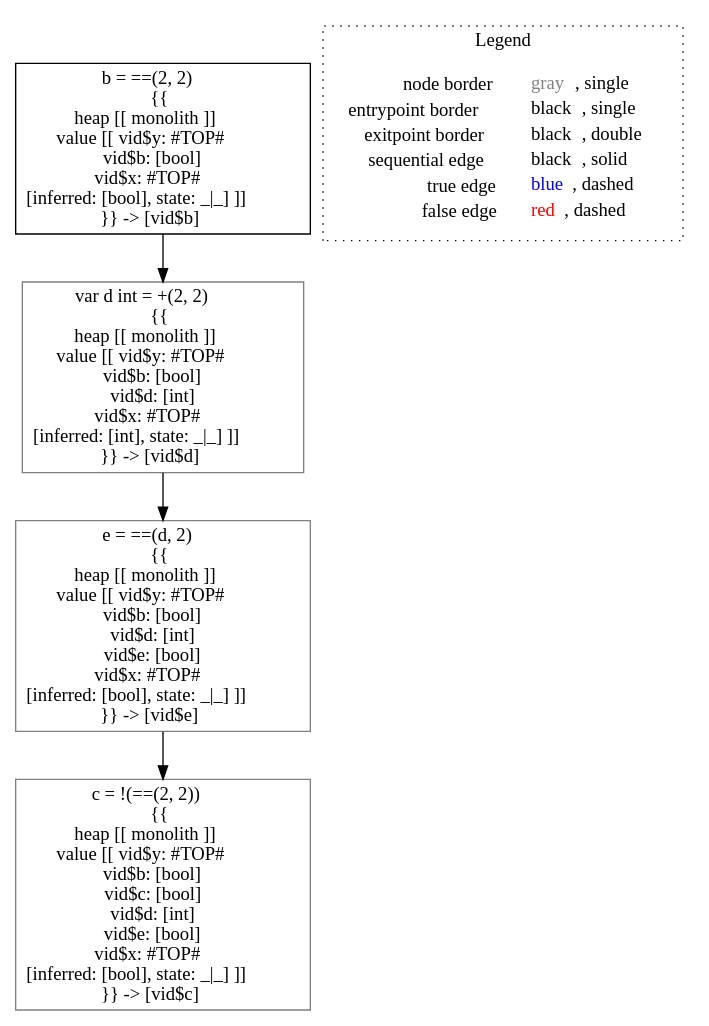
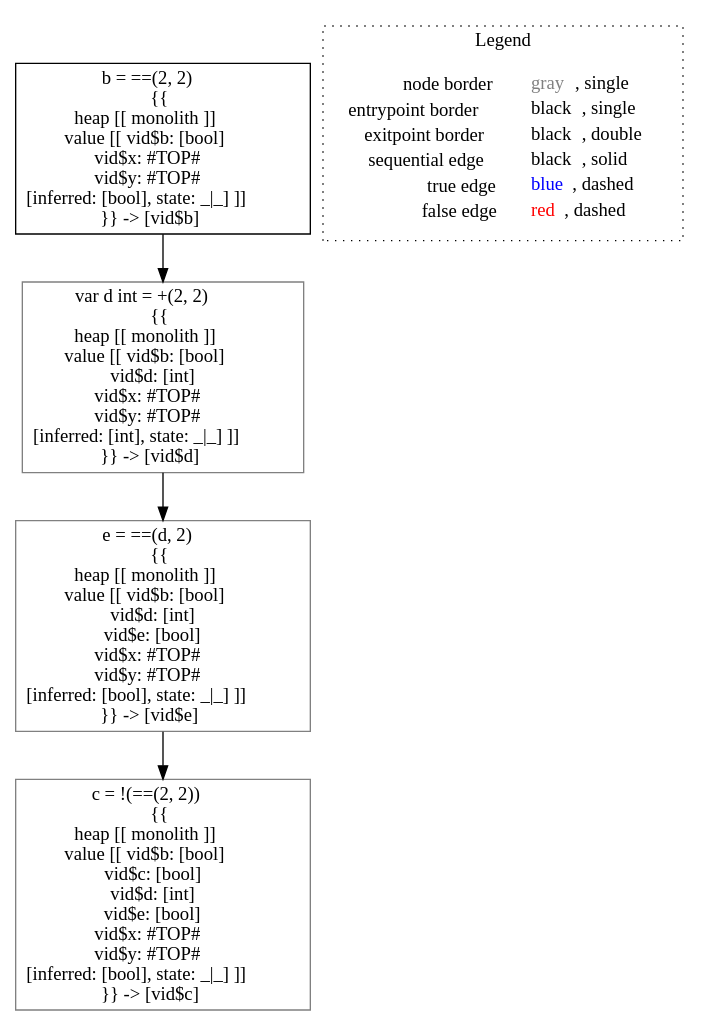
One commit to lisa-analyzer/go-lisa changed the diagram in go-lisa/go-testcases/typing/typing___untyped_~LiSAProgram.comparisonTyping(int_x,_int_y).dot. Above: the diagram before and after it, drawn with Graphviz. The commit also changed 9 other files, not shown here.

```diff
--- a/go-lisa/go-testcases/typing/typing___untyped_~LiSAProgram.comparisonTyping(int_x,_int_y).dot
+++ b/go-lisa/go-testcases/typing/typing___untyped_~LiSAProgram.comparisonTyping(int_x,_int_y).dot
@@ -1,16 +1,16 @@
 digraph {
-	"node0" [shape="rect",color="black",label=<b = ==(2, 2)<BR/>{{<BR/>heap [[ monolith ]]<BR/>value [[ vid$y: #TOP#<BR/>vid$b: [bool]<BR/>vid$x: #TOP#<BR/>[inferred: [bool], state: _|_] ]]<BR/>}} -&gt; [vid$b]>];
-	"node1" [shape="rect",color="gray",label=<c = !(==(2, 2))<BR/>{{<BR/>heap [[ monolith ]]<BR/>value [[ vid$y: #TOP#<BR/>vid$b: [bool]<BR/>vid$c: [bool]<BR/>vid$d: [int]<BR/>vid$e: [bool]<BR/>vid$x: #TOP#<BR/>[inferred: [bool], state: _|_] ]]<BR/>}} -&gt; [vid$c]>];
-	"node2" [shape="rect",color="gray",label=<e = ==(d, 2)<BR/>{{<BR/>heap [[ monolith ]]<BR/>value [[ vid$y: #TOP#<BR/>vid$b: [bool]<BR/>vid$d: [int]<BR/>vid$e: [bool]<BR/>vid$x: #TOP#<BR/>[inferred: [bool], state: _|_] ]]<BR/>}} -&gt; [vid$e]>];
-	"node3" [shape="rect",color="gray",label=<var d int = +(2, 2)<BR/>{{<BR/>heap [[ monolith ]]<BR/>value [[ vid$y: #TOP#<BR/>vid$b: [bool]<BR/>vid$d: [int]<BR/>vid$x: #TOP#<BR/>[inferred: [int], state: _|_] ]]<BR/>}} -&gt; [vid$d]>];
-	"node2" -> "node1" [color="black"];
+	"node0" [shape="rect",color="black",label=<b = ==(2, 2)<BR/>{{<BR/>heap [[ monolith ]]<BR/>value [[ vid$b: [bool]<BR/>vid$x: #TOP#<BR/>vid$y: #TOP#<BR/>[inferred: [bool], state: _|_] ]]<BR/>}} -&gt; [vid$b]>];
+	"node1" [shape="rect",color="gray",label=<e = ==(d, 2)<BR/>{{<BR/>heap [[ monolith ]]<BR/>value [[ vid$b: [bool]<BR/>vid$d: [int]<BR/>vid$e: [bool]<BR/>vid$x: #TOP#<BR/>vid$y: #TOP#<BR/>[inferred: [bool], state: _|_] ]]<BR/>}} -&gt; [vid$e]>];
+	"node2" [shape="rect",color="gray",label=<c = !(==(2, 2))<BR/>{{<BR/>heap [[ monolith ]]<BR/>value [[ vid$b: [bool]<BR/>vid$c: [bool]<BR/>vid$d: [int]<BR/>vid$e: [bool]<BR/>vid$x: #TOP#<BR/>vid$y: #TOP#<BR/>[inferred: [bool], state: _|_] ]]<BR/>}} -&gt; [vid$c]>];
+	"node3" [shape="rect",color="gray",label=<var d int = +(2, 2)<BR/>{{<BR/>heap [[ monolith ]]<BR/>value [[ vid$b: [bool]<BR/>vid$d: [int]<BR/>vid$x: #TOP#<BR/>vid$y: #TOP#<BR/>[inferred: [int], state: _|_] ]]<BR/>}} -&gt; [vid$d]>];
+	"node1" -> "node2" [color="black"];
+	"node3" -> "node1" [color="black"];
 	"node0" -> "node3" [color="black"];
-	"node3" -> "node2" [color="black"];
 subgraph cluster_legend {
 	label="Legend";
 	style=dotted;
 	node [shape=plaintext];
 	"legend" [label=<<table border="0" cellpadding="2" cellspacing="0" cellborder="0"><tr><td align="right">node border&nbsp;</td><td align="left"><font color="gray">gray</font>, single</td></tr><tr><td align="right">entrypoint border&nbsp;</td><td align="left"><font color="black">black</font>, single</td></tr><tr><td align="right">exitpoint border&nbsp;</td><td align="left"><font color="black">black</font>, double</td></tr><tr><td align="right">sequential edge&nbsp;</td><td align="left"><font color="black">black</font>, solid</td></tr><tr><td align="right">true edge&nbsp;</td><td align="left"><font color="blue">blue</font>, dashed</td></tr><tr><td align="right">false edge&nbsp;</td><td align="left"><font color="red">red</font>, dashed</td></tr></table>>];
 }
 
 }
```
